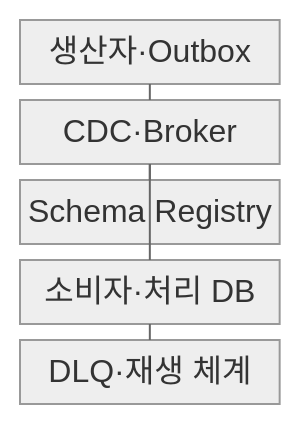
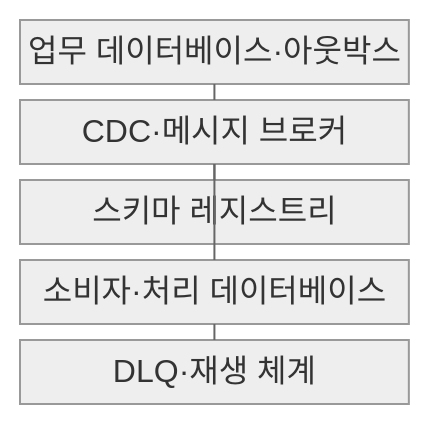
The first of 2 diagrams in src/content/docs/notes/03-software/175_event_driven_architecture.md (agnusdei1207/knowledge-base), drawn with Mermaid (neutral theme) before and after one commit. The commit also changed other lines of this file and 20 other files, not shown here.

````diff
--- a/src/content/docs/notes/03-software/175_event_driven_architecture.md
+++ b/src/content/docs/notes/03-software/175_event_driven_architecture.md
@@ -56,13 +58,13 @@
 ```mermaid
-block-beta
+block
     columns 1
-    A["생산자·Outbox"]
-    B["CDC·Broker"]
-    C["Schema Registry"]
-    D["소비자·처리 DB"]
+    A["업무 데이터베이스·아웃박스"]
+    B["CDC·메시지 브로커"]
+    C["스키마 레지스트리"]
+    D["소비자·처리 데이터베이스"]
     E["DLQ·재생 체계"]
     A --- B
     B --- C
     B --- D
     D --- E
 ```
````
